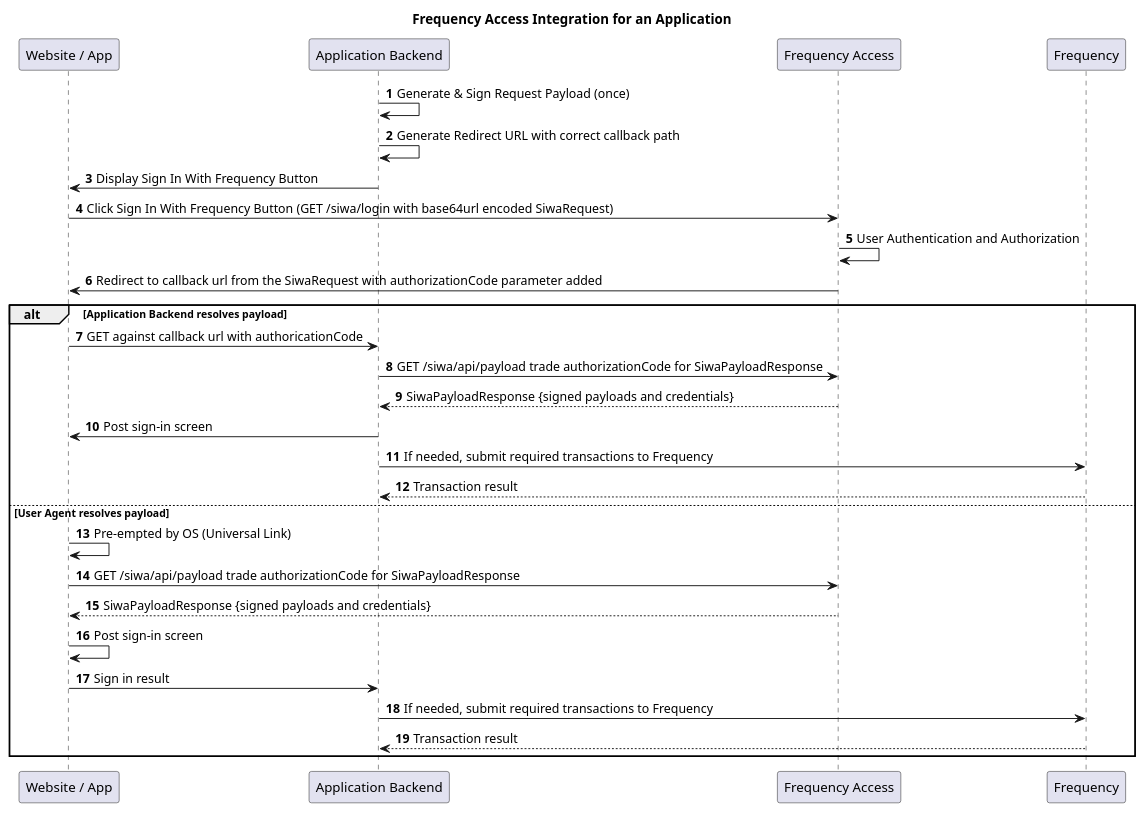
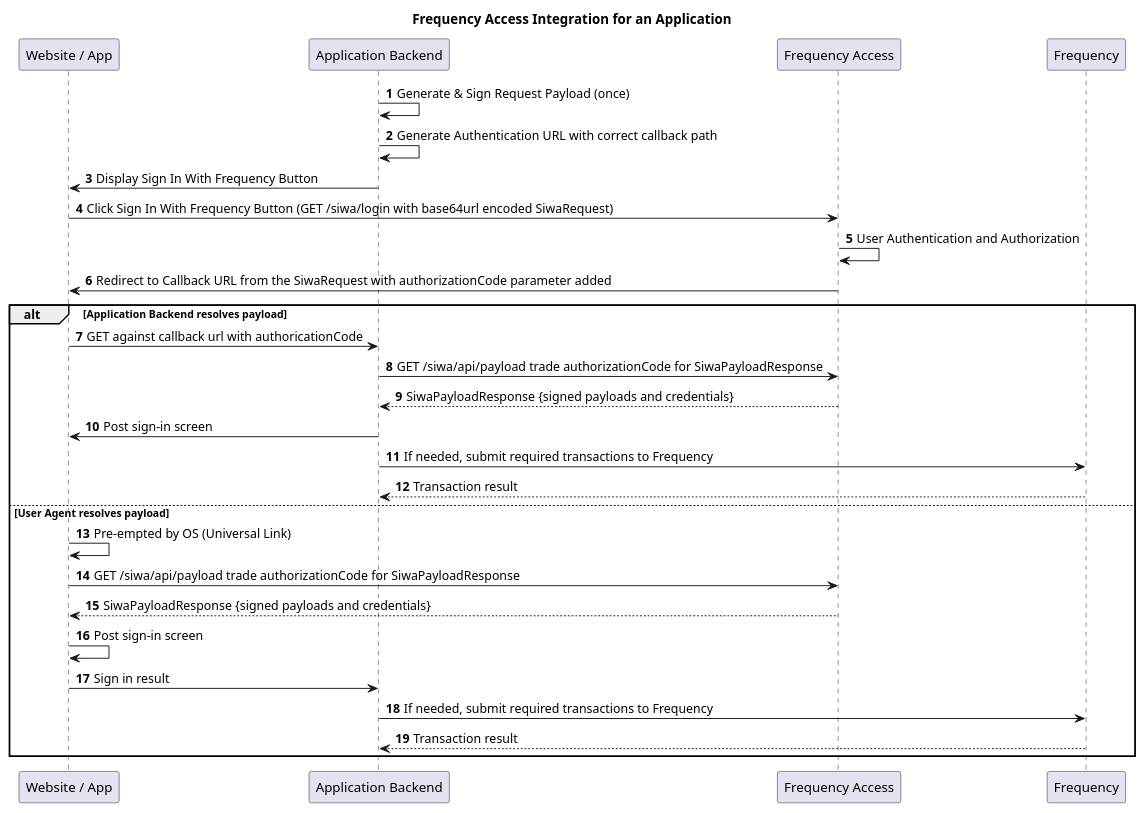
The diagram in docs/src/Actions/flow.puml (ProjectLibertyLabs/siwa), drawn with PlantUML before and after one commit. The commit also changed 13 other files, not shown here.

Commit message:
Clean up  and rename Redirect URL to Authentication URL

```diff
--- a/docs/src/Actions/flow.puml
+++ b/docs/src/Actions/flow.puml
@@ -1,31 +1,31 @@
 @startuml
 title "Frequency Access Integration for an Application"
 participant "Website / App" as ua
 participant "Application Backend" as p
 participant "Frequency Access" as fa
 participant "Frequency" as bc
 
 autonumber
 p->p: Generate & Sign Request Payload (once)
-p->p: Generate Redirect URL with correct callback path
+p->p: Generate Authentication URL with correct callback path
 p->ua: Display Sign In With Frequency Button
 ua->fa: Click Sign In With Frequency Button (GET /siwa/login with base64url encoded SiwaRequest)
 fa->fa: User Authentication and Authorization
-fa->ua: Redirect to callback url from the SiwaRequest with authorizationCode parameter added
+fa->ua: Redirect to Callback URL from the SiwaRequest with authorizationCode parameter added
 alt Application Backend resolves payload
     ua->p: GET against callback url with authoricationCode
     p->fa: GET /siwa/api/payload trade authorizationCode for SiwaPayloadResponse
     return SiwaPayloadResponse {signed payloads and credentials}
     p->ua: Post sign-in screen
     p->bc: If needed, submit required transactions to Frequency
     return Transaction result
 else User Agent resolves payload
     ua->ua: Pre-empted by OS (Universal Link)
     ua->fa: GET /siwa/api/payload trade authorizationCode for SiwaPayloadResponse
     return SiwaPayloadResponse {signed payloads and credentials}
     ua->ua: Post sign-in screen
     ua->p: Sign in result
     p->bc: If needed, submit required transactions to Frequency
     return Transaction result
 end
 @enduml
```
